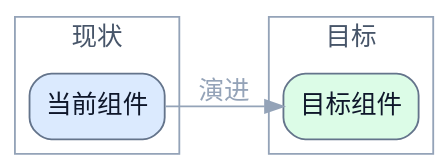
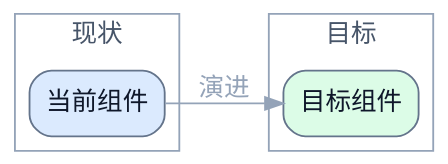
Before and after one commit to terencefan/inority-workspace: the diagram in skills/draw-dot/tests/assets/reference.md, drawn with Graphviz. The commit also changed 35 other files, not shown here.

````diff
--- a/skills/draw-dot/tests/assets/reference.md
+++ b/skills/draw-dot/tests/assets/reference.md
@@ -3,23 +3,23 @@
 ```dot
 digraph G {
-  graph [fontname="Noto Sans CJK SC", rankdir=LR, bgcolor="transparent"];
-  node [fontname="Noto Sans CJK SC", shape=box, style="rounded,filled", color="#64748b", fontcolor="#0f172a", fillcolor="#f8fafc"];
-  edge [fontname="Noto Sans CJK SC", color="#94a3b8", fontcolor="#94a3b8"];
+  graph [rankdir=LR, bgcolor="transparent"];
+  node [shape=box, style="rounded,filled", color="#64748b", fontcolor="#0f172a", fillcolor="#f8fafc"];
+  edge [color="#94a3b8", fontcolor="#94a3b8"];
 
   subgraph cluster_current {
     label="现状";
     color="#94a3b8";
     fontcolor="#475569";
     current [label="当前组件", fillcolor="#dbeafe"];
   }
 
   subgraph cluster_target {
     label="目标";
     color="#94a3b8";
     fontcolor="#475569";
     target [label="目标组件", fillcolor="#dcfce7"];
   }
 
   current -> target [label="演进"];
 }
 ```
````
